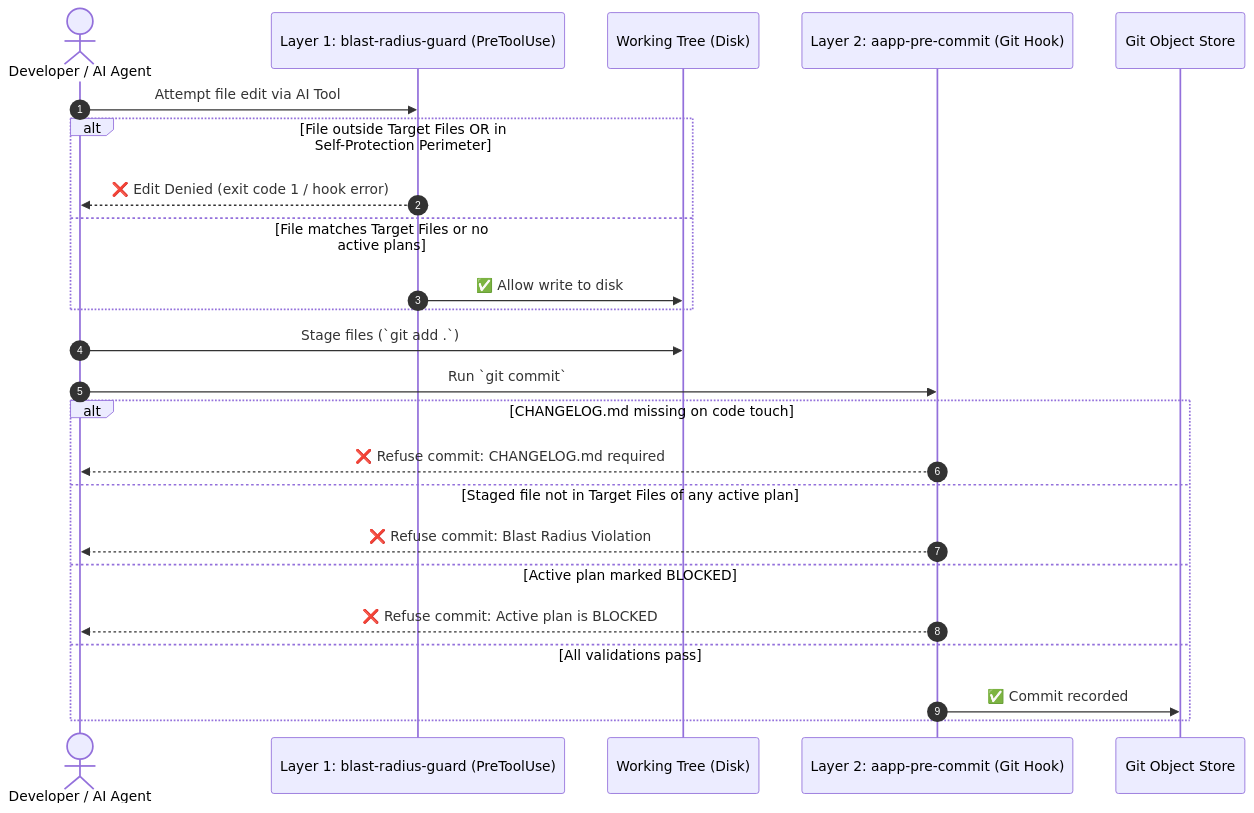
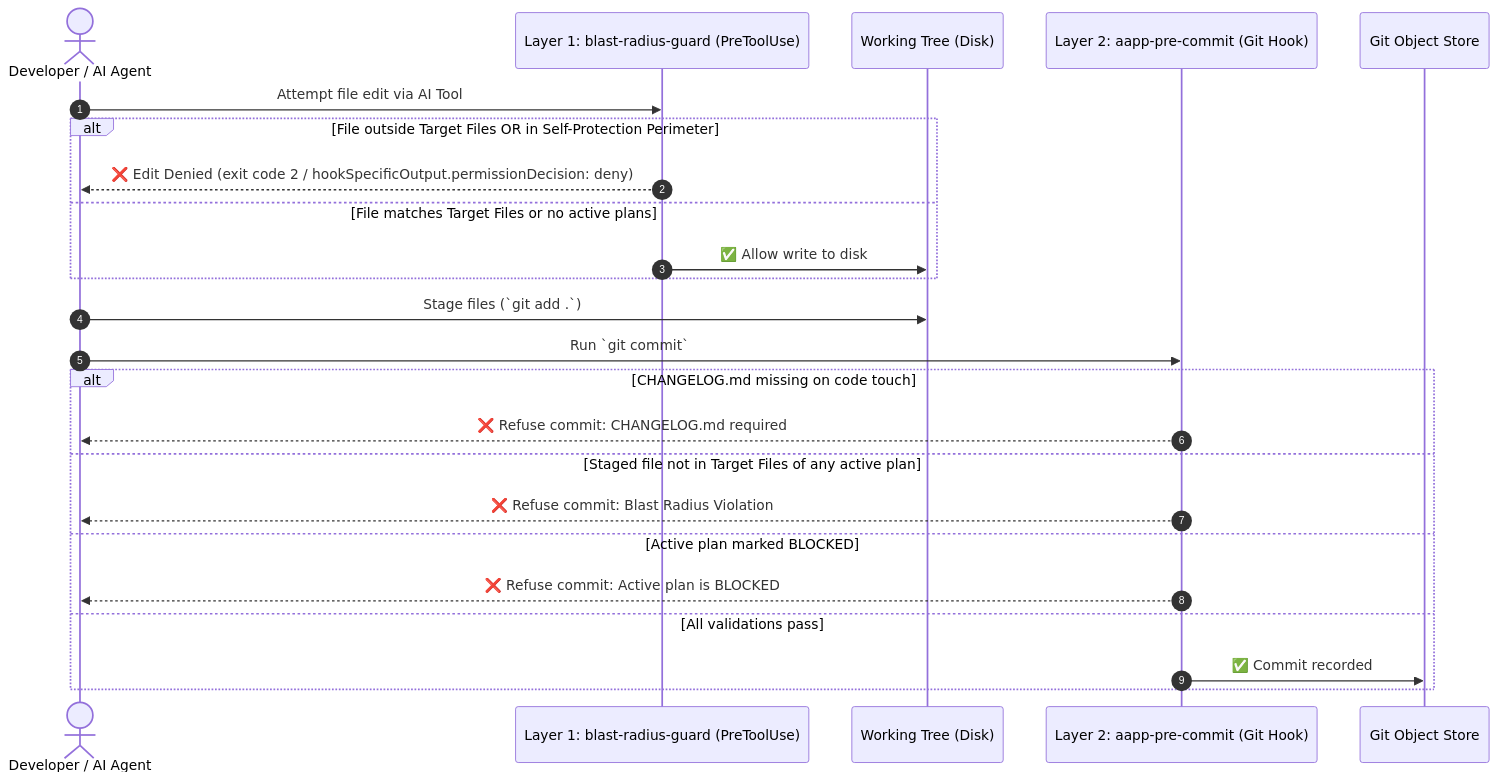
Before and after one commit to aapp-protocol/aapp-kit: the diagram in MANUAL.md, drawn with Mermaid. The commit also changed other lines of this file and 7 other files, not shown here.

````diff
--- a/MANUAL.md
+++ b/MANUAL.md
@@ -181,28 +179,28 @@
 ```mermaid
 sequenceDiagram
     autonumber
     actor Dev as Developer / AI Agent
     participant Guard as Layer 1: blast-radius-guard (PreToolUse)
     participant Disk as Working Tree (Disk)
     participant Hook as Layer 2: aapp-pre-commit (Git Hook)
     participant Git as Git Object Store
 
     Dev->>Guard: Attempt file edit via AI Tool
     alt File outside Target Files OR in Self-Protection Perimeter
-        Guard-->>Dev: ❌ Edit Denied (exit code 1 / hook error)
+        Guard-->>Dev: ❌ Edit Denied (exit code 2 / hookSpecificOutput.permissionDecision: deny)
     else File matches Target Files or no active plans
         Guard->>Disk: ✅ Allow write to disk
     end
 
     Dev->>Disk: Stage files (`git add .`)
     Dev->>Hook: Run `git commit`
     alt CHANGELOG.md missing on code touch
         Hook-->>Dev: ❌ Refuse commit: CHANGELOG.md required
     else Staged file not in Target Files of any active plan
         Hook-->>Dev: ❌ Refuse commit: Blast Radius Violation
     else Active plan marked BLOCKED
         Hook-->>Dev: ❌ Refuse commit: Active plan is BLOCKED
     else All validations pass
         Hook->>Git: ✅ Commit recorded
     end
 ```
````
